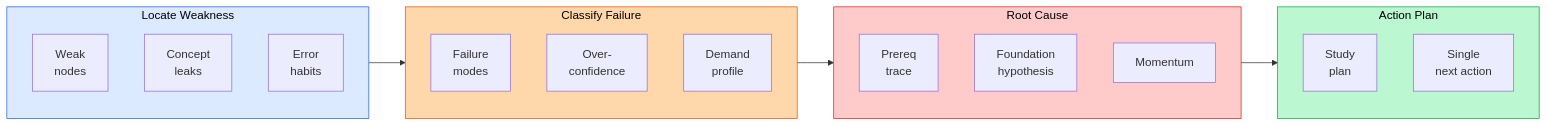
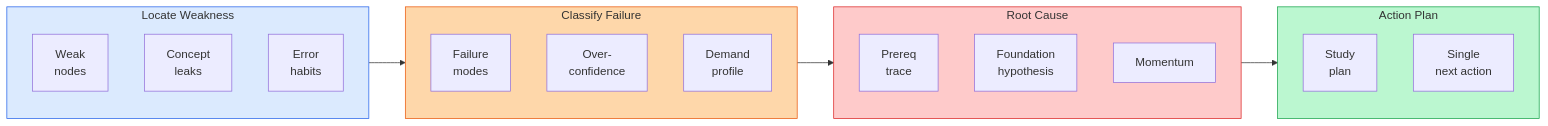
Before and after one commit to devangi-08/LECO: the sixth of 7 diagrams in CASE_STUDY.md, drawn with Mermaid. The commit also changed other lines of this file, not shown here.

````diff
--- a/CASE_STUDY.md
+++ b/CASE_STUDY.md
@@ -215,32 +215,32 @@
 ```mermaid
 flowchart LR
     subgraph LOCATE["Locate Weakness"]
         F1["Weak\nnodes"]
         F2["Concept\nleaks"]
         F3["Error\nhabits"]
     end
 
     subgraph CLASSIFY["Classify Failure"]
         F4["Failure\nmodes"]
         F5["Over-\nconfidence"]
         F7["Demand\nprofile"]
     end
 
     subgraph ROOT["Root Cause"]
         F9["Prereq\ntrace"]
         F10["Foundation\nhypothesis"]
         F11["Momentum"]
     end
 
     subgraph ACT["Action Plan"]
         F17["Study\nplan"]
         F18["Single\nnext action"]
     end
 
     LOCATE --> CLASSIFY --> ROOT --> ACT
 
-    style LOCATE fill:#dbeafe,stroke:#2563eb,color:#000000
-    style CLASSIFY fill:#fed7aa,stroke:#ea580c,color:#000000
-    style ROOT fill:#fecaca,stroke:#dc2626,color:#000000
-    style ACT fill:#bbf7d0,stroke:#16a34a,color:#000000
+    style LOCATE fill:#dbeafe,stroke:#2563eb
+    style CLASSIFY fill:#fed7aa,stroke:#ea580c
+    style ROOT fill:#fecaca,stroke:#dc2626
+    style ACT fill:#bbf7d0,stroke:#16a34a
 ```
````
